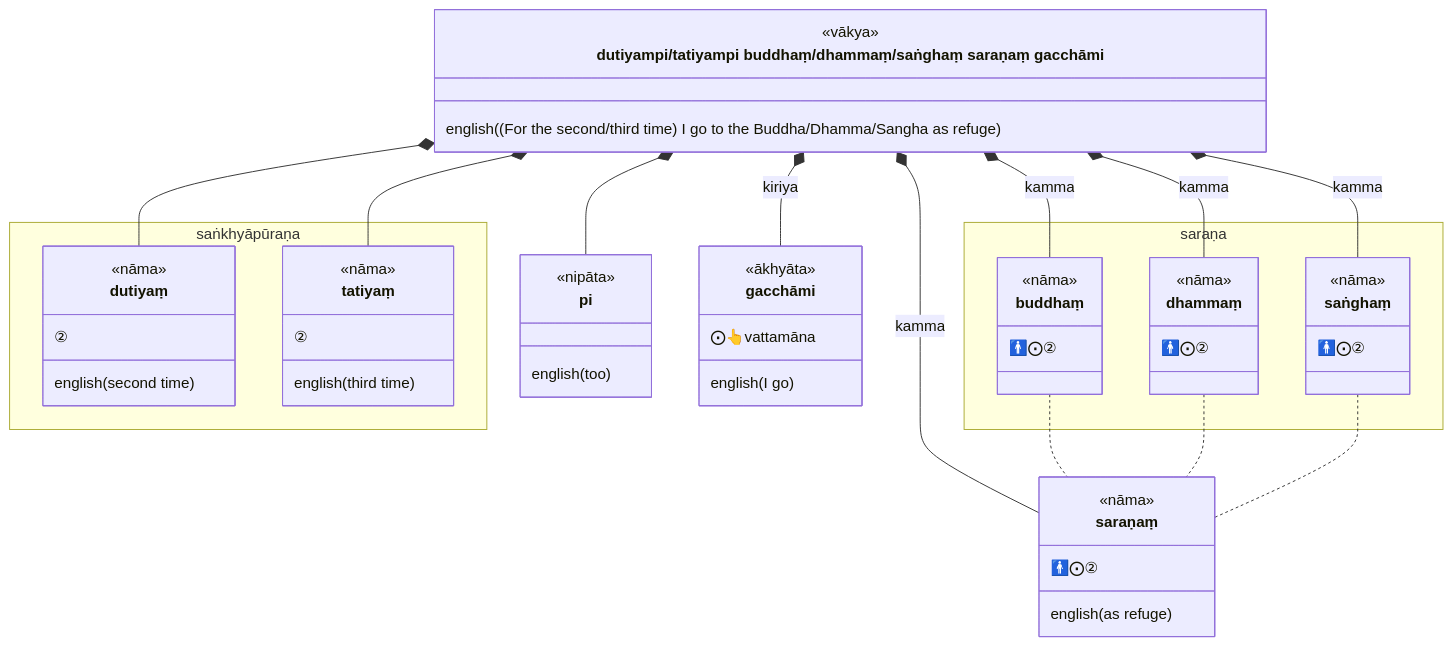
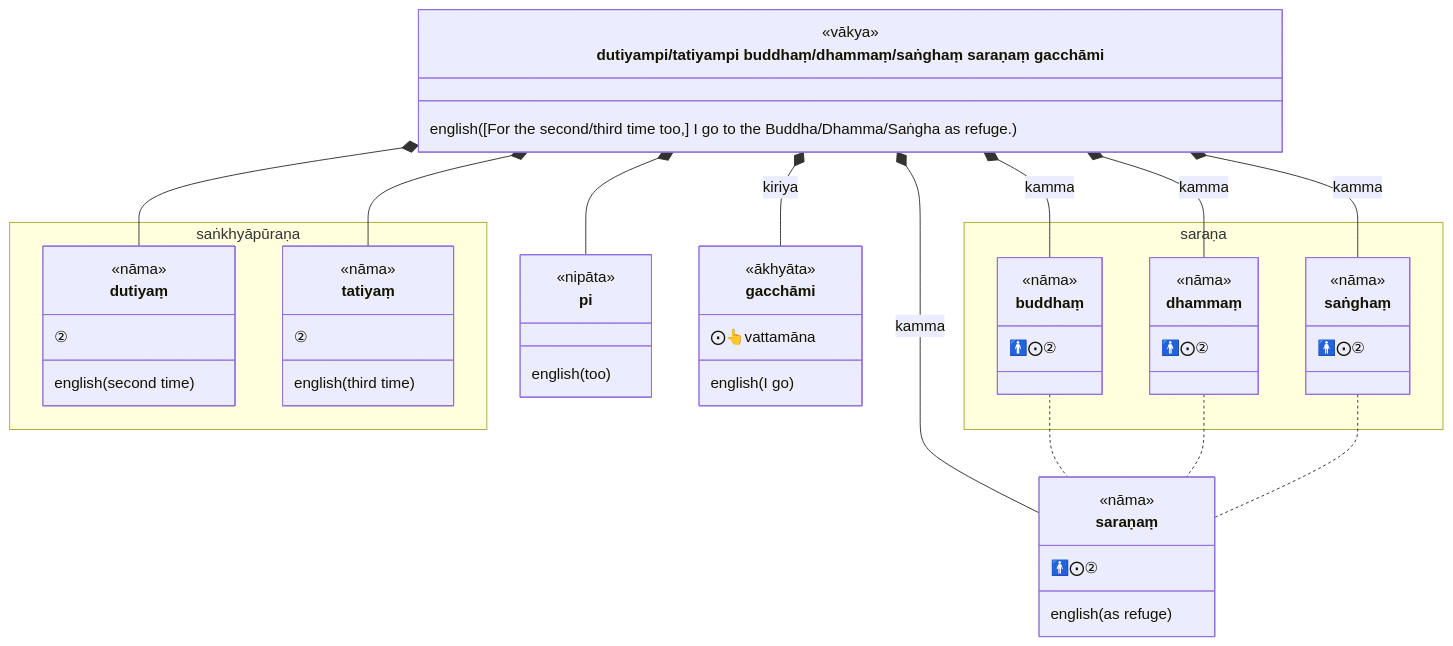
Before and after one commit to ChristineTham/buddhavacana: the first of 3 diagrams in src/content/docs/Sutta/refuges.md, drawn with Mermaid.

Commit message:
fix(content): sutta/refuges aligned with the textbook's rendering, checked with kavi
Khuddakapāṭha 1 Saraṇattaya (draft page): the repeated formula's field now reads "[For the
second/third time too,] I go to the Buddha/Dhamma/Saṅgha as refuge." — pi rendered as the
textbook's own answer has it, the parenthesised phrase recast with the page's bracket device,
Saṅgha with its diacritic. Pāḷi blockquotes, class names, symbols and relations untouched; the
diagrams render.

````diff
--- a/src/content/docs/Sutta/refuges.md
+++ b/src/content/docs/Sutta/refuges.md
@@ -23,58 +23,58 @@
 ```mermaid
 classDiagram
   class sentence["dutiyampi/tatiyampi buddhaṃ/dhammaṃ/saṅghaṃ saraṇaṃ gacchāmi"] {
     <<vākya>>
-    english((For the second/third time) I go to the Buddha/Dhamma/Sangha as refuge)
+    english([For the second/third time too,] I go to the Buddha/Dhamma/Saṅgha as refuge.)
   }
   namespace saṅkhyāpūraṇa {
     class dutiyaṃ {
       <<nāma>>
       ②
       english(second time)
     }
     class tatiyaṃ {
       <<nāma>>
       ②
       english(third time)
     }
   }
   class pi {
     <<nipāta>>
     english(too)
   }
   namespace saraṇa {
     class buddhaṃ {
       <<nāma>>
       🚹⨀②
     }
     class dhammaṃ {
       <<nāma>>
       🚹⨀②
     }
     class saṅghaṃ {
       <<nāma>>
       🚹⨀②
     }
   }
   class saraṇaṃ {
     <<nāma>>
      🚹⨀②
     english(as refuge)
   }
   class gacchāmi {
     <<ākhyāta>>
      ⨀👆vattamāna
     english(I go)
   }
   sentence *-- dutiyaṃ
   sentence *-- tatiyaṃ
   sentence *-- pi
   sentence *-- buddhaṃ : kamma
   sentence *-- dhammaṃ : kamma
   sentence *-- saṅghaṃ : kamma
   sentence *-- saraṇaṃ : kamma
   sentence *-- gacchāmi: kiriya
   buddhaṃ .. saraṇaṃ
   dhammaṃ .. saraṇaṃ
   saṅghaṃ .. saraṇaṃ
 ```
````
